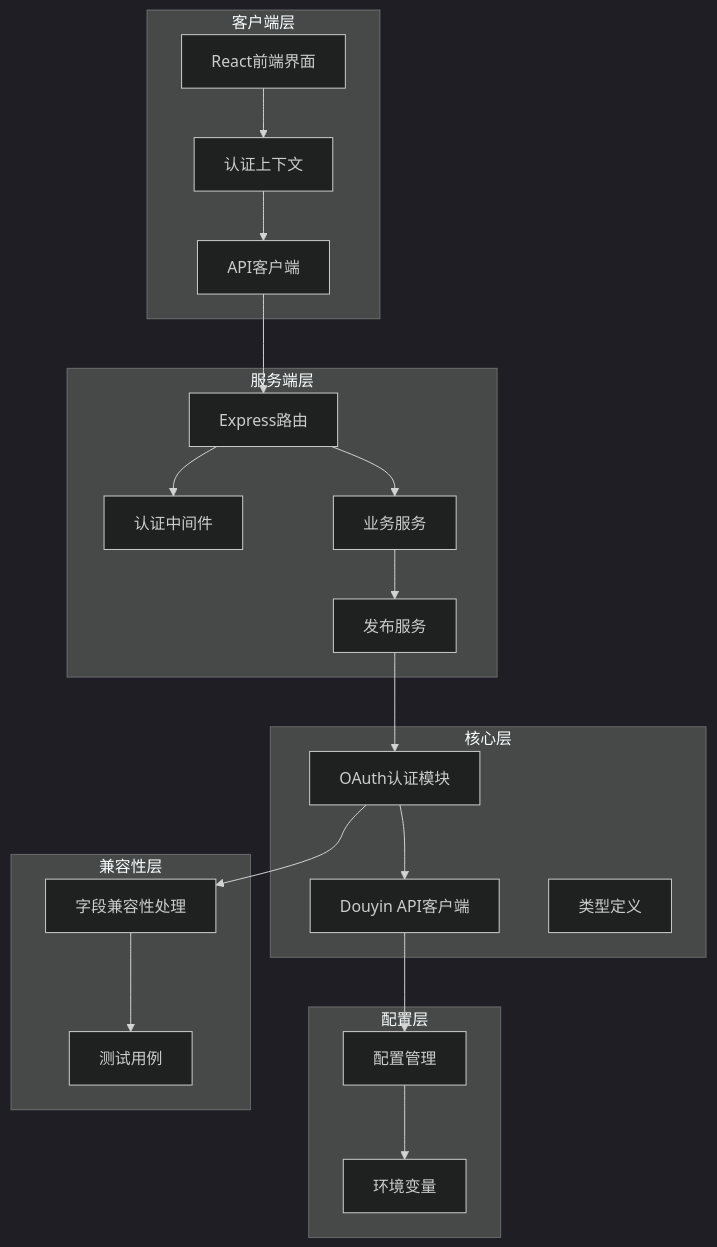
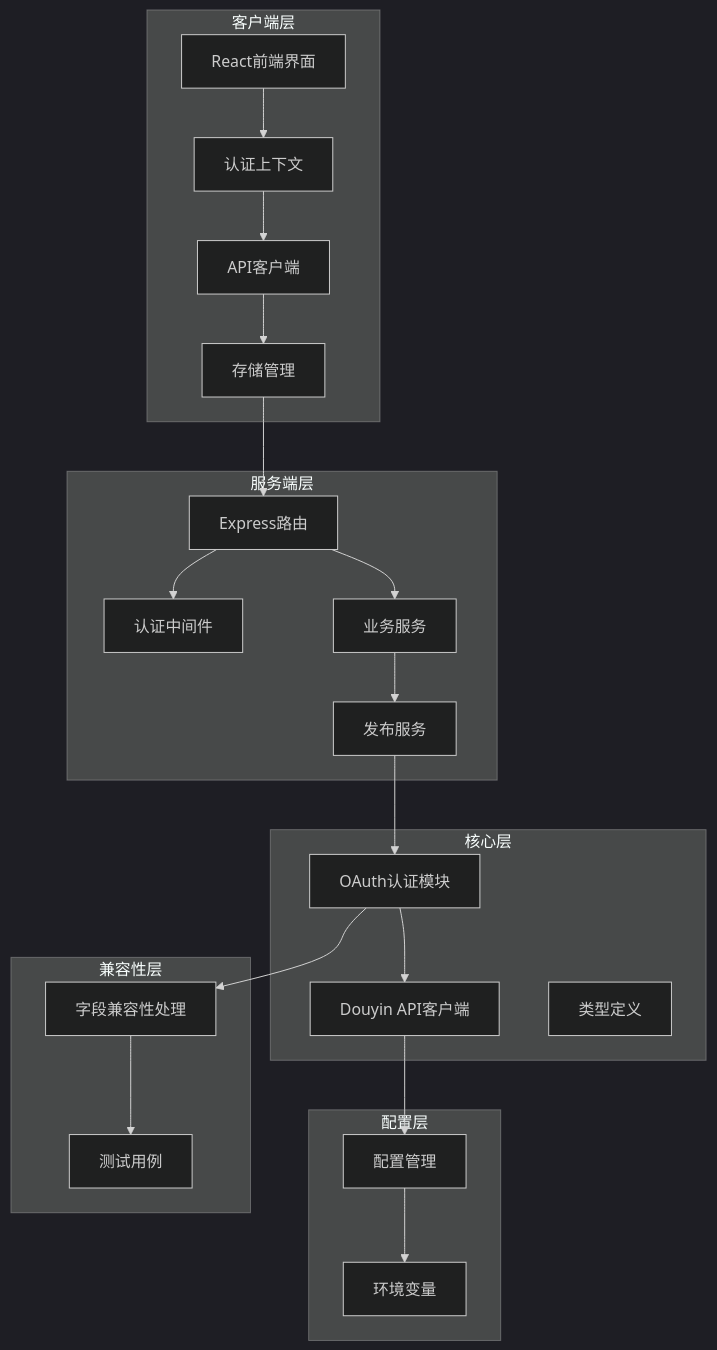
The first of 15 diagrams in .qoder/repowiki/zh/content/核心模块详解/认证模块/抖音OAuth集成.md (songdiyang/clawOperations), drawn with Mermaid (dark theme) before and after one commit. The commit also changed other lines of this file and 8 other files, not shown here.

````diff
--- a/.qoder/repowiki/zh/content/核心模块详解/认证模块/抖音OAuth集成.md
+++ b/.qoder/repowiki/zh/content/核心模块详解/认证模块/抖音OAuth集成.md
@@ -58,39 +61,41 @@
 ```mermaid
 graph TB
 subgraph "客户端层"
 UI[React前端界面]
 AuthCtx[认证上下文]
 API[API客户端]
+Storage[存储管理]
 end
 subgraph "服务端层"
 Router[Express路由]
 AuthMW[认证中间件]
 Services[业务服务]
 Publisher[发布服务]
 end
 subgraph "核心层"
 OAuth[OAuth认证模块]
 Client[Douyin API客户端]
 Types[类型定义]
 end
 subgraph "配置层"
 Config[配置管理]
 Env[环境变量]
 end
 subgraph "兼容性层"
 Compat[字段兼容性处理]
 Test[测试用例]
 end
 UI --> AuthCtx
 AuthCtx --> API
-API --> Router
+API --> Storage
+Storage --> Router
 Router --> AuthMW
 Router --> Services
 Services --> Publisher
 Publisher --> OAuth
 OAuth --> Client
 Client --> Config
 Config --> Env
 OAuth --> Compat
 Compat --> Test
 ```
````
